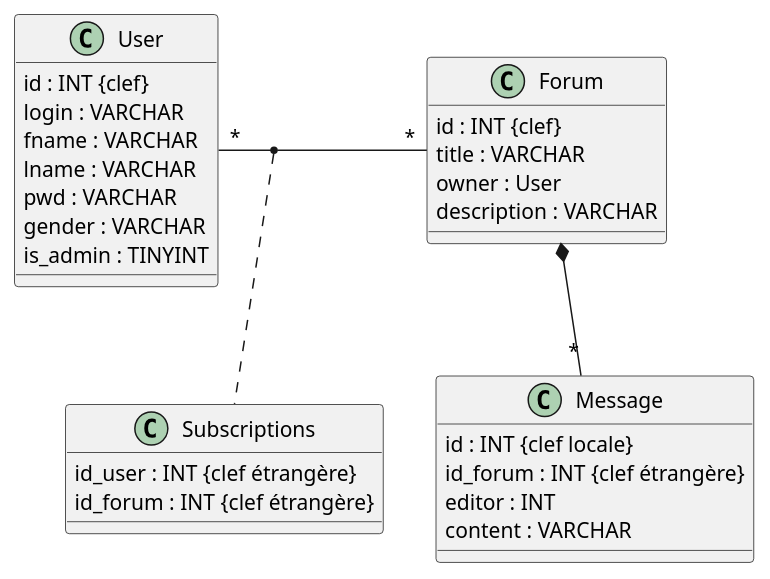
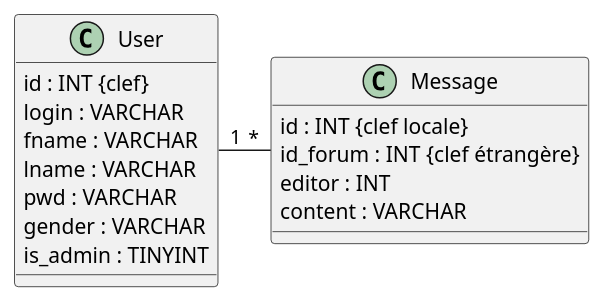
The diagram in MCD.plantuml (jiawen1996/forum-discussion), drawn with PlantUML before and after one commit. The commit also changed 2 other files, not shown here.

Commit message:
fix user list bug

```diff
--- a/MCD.plantuml
+++ b/MCD.plantuml
@@ -1,36 +1,37 @@
 @startuml Forum
 Class User{
     {field} id : INT {clef}
     {field} login : VARCHAR
     {field} fname : VARCHAR
     {field} lname : VARCHAR
     {field} pwd : VARCHAR
     {field} gender : VARCHAR
     {field} is_admin : TINYINT
 }
 
-Class Forum{
-    {field} id : INT {clef}
-    {field} title : VARCHAR
-    {field} owner : User
-    {field} description : VARCHAR
-}
+' Class Forum{
+'     {field} id : INT {clef}
+'     {field} title : VARCHAR
+'     {field} owner : User
+'     {field} description : VARCHAR
+' }
 
-Class Subscriptions{
-    {field} id_user : INT {clef étrangère}
-    {field} id_forum : INT {clef étrangère}
-}
+' Class Subscriptions{
+'     {field} id_user : INT {clef étrangère}
+'     {field} id_forum : INT {clef étrangère}
+' }
 
 Class Message{
     {field} id : INT {clef locale}
     {field} id_forum : INT {clef étrangère}
     {field} editor : INT
     {field} content : VARCHAR
 }
 
-User "*" - "*" Forum
-(User, Forum) .. Subscriptions
+User "1" - "*" Message
+' User "*" - "*" Forum
+' (User, Forum) .. Subscriptions
 
-Forum *-- "*" Message
+' Forum *-- "*" Message
 
 @enduml
```
